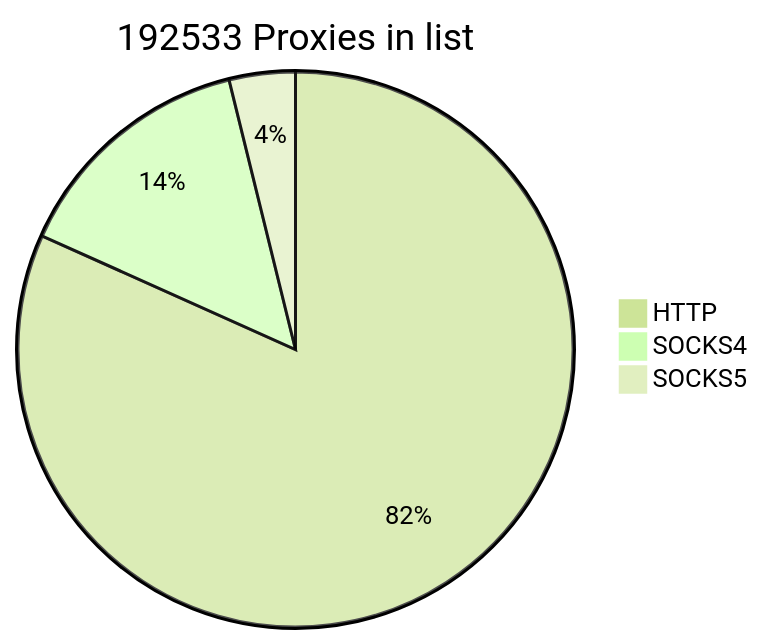
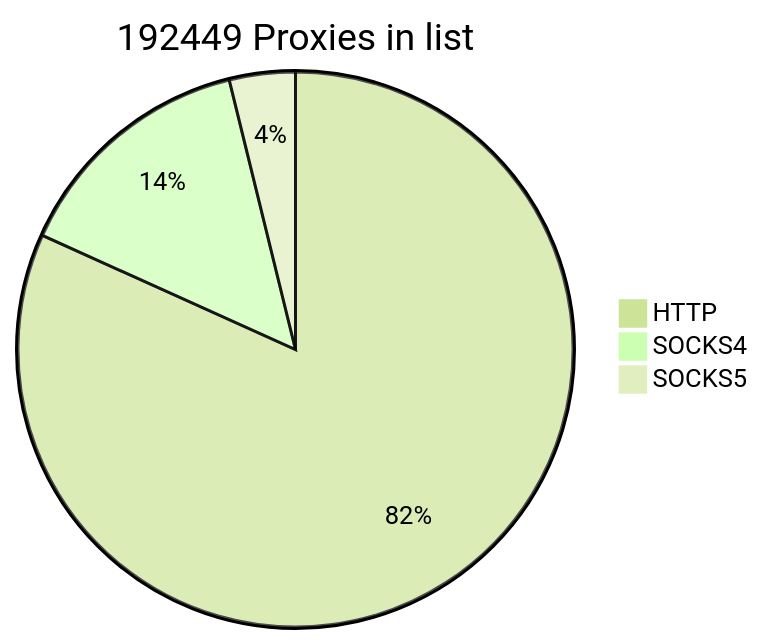
One commit to cutipu/proxylist changed the first of 2 diagrams in README.md. Above: the diagram before and after it, drawn with Mermaid (forest theme). The commit also changed other lines of this file, not shown here.

````diff
--- a/README.md
+++ b/README.md
@@ -2,7 +2,7 @@
 ```mermaid
-pie title 192533 Proxies in list
+pie title 192449 Proxies in list
     "HTTP" : 157310
-    "SOCKS4" : 27820
-    "SOCKS5" : 7403
+    "SOCKS4" : 27758
+    "SOCKS5" : 7381
             
 ```
````
